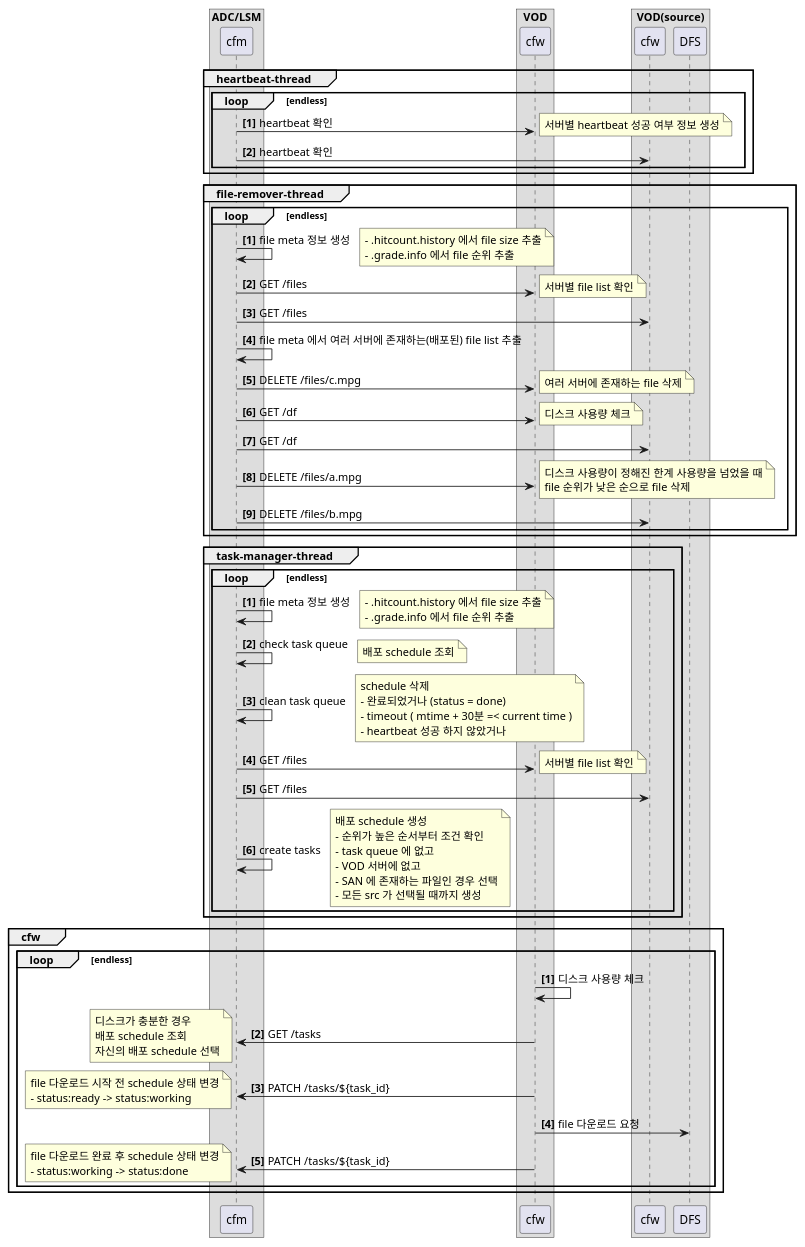
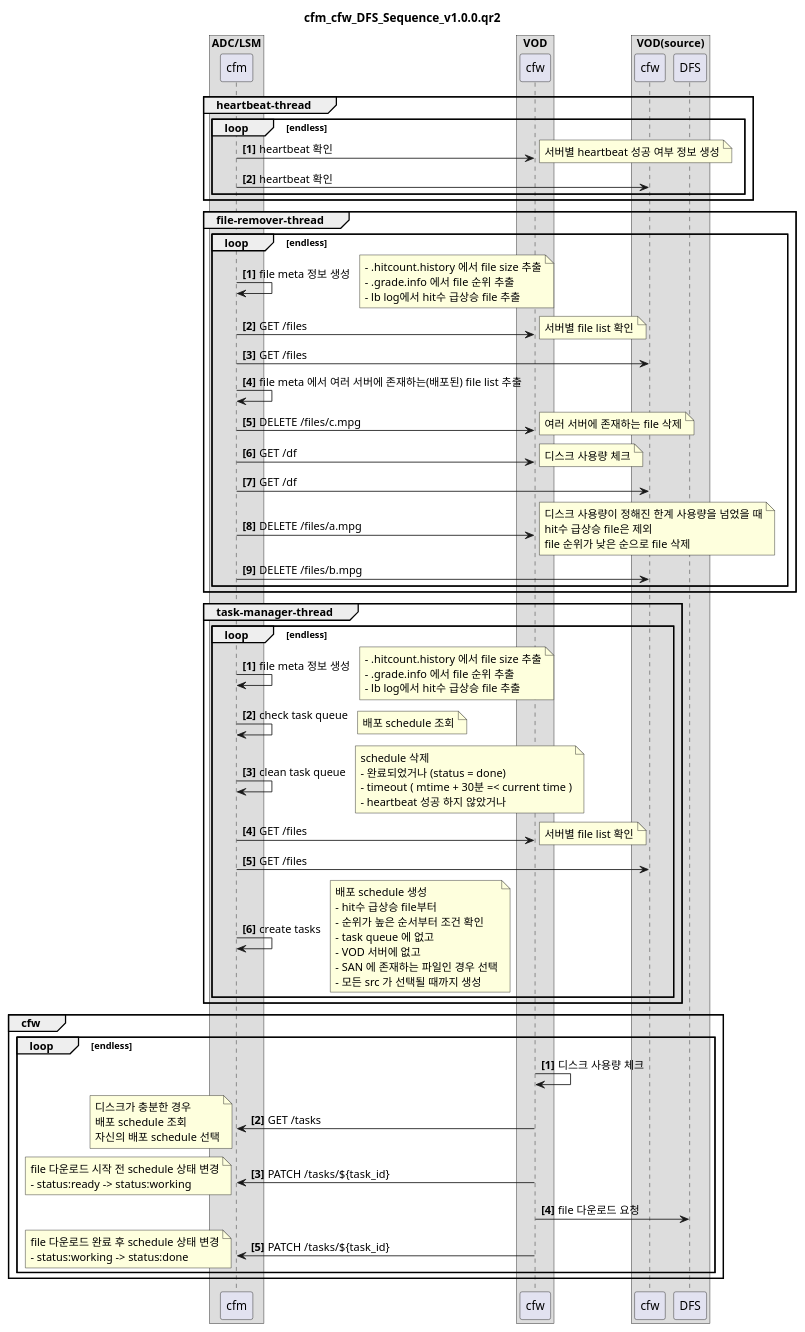
One commit to castisdev/cfm changed the ninth of 17 diagrams in doc/_SEQUENCE.md. Above: the diagram before and after it, drawn with PlantUML. The commit also changed other lines of this file and 13 other files, not shown here.

````diff
--- a/doc/_SEQUENCE.md
+++ b/doc/_SEQUENCE.md
@@ -10,5 +536,5 @@
 ```plantuml
-
+title cfm_cfw_DFS_Sequence_v1.0.0.qr2
 box "ADC/LSM"
 participant cfm
 end box
@@ -40,6 +566,7 @@
     note right
         - .hitcount.history 에서 file size 추출
         - .grade.info 에서 file 순위 추출
+        - lb log에서 hit수 급상승 file 추출
     end note
 cfm->cfw: GET /files
     note right
@@ -60,6 +587,7 @@
 cfm->cfw: DELETE /files/a.mpg
     note right
         디스크 사용량이 정해진 한계 사용량을 넘었을 때
+        hit수 급상승 file은 제외
         file 순위가 낮은 순으로 file 삭제
     end note
 cfm->cfw2: DELETE /files/b.mpg
@@ -73,6 +601,7 @@
     note right
         - .hitcount.history 에서 file size 추출
         - .grade.info 에서 file 순위 추출
+        - lb log에서 hit수 급상승 file 추출
     end note
 cfm->cfm: check task queue
     note right
@@ -93,6 +622,7 @@
 cfm->cfm: create tasks
     note right
         배포 schedule 생성
+        - hit수 급상승 file부터
         - 순위가 높은 순서부터 조건 확인
         - task queue 에 없고
         - VOD 서버에 없고
````
